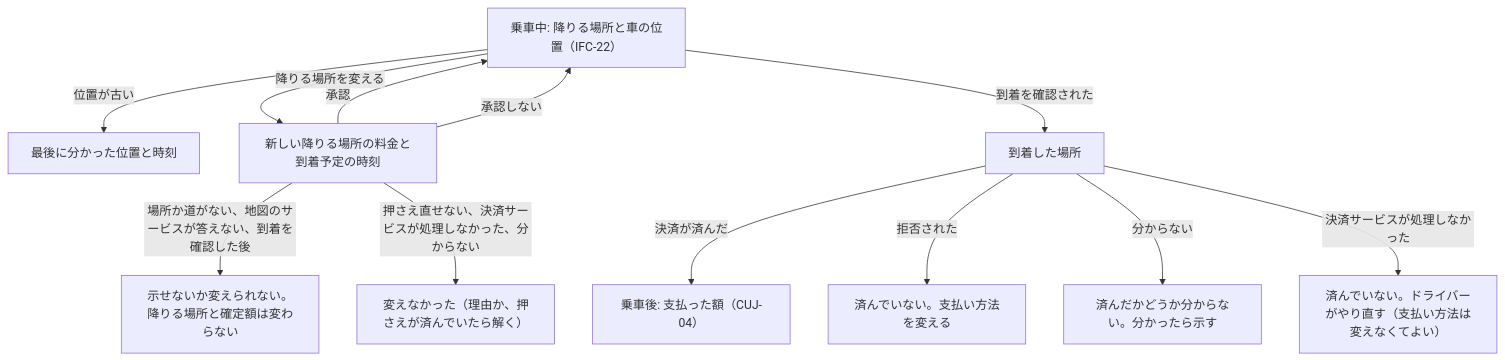
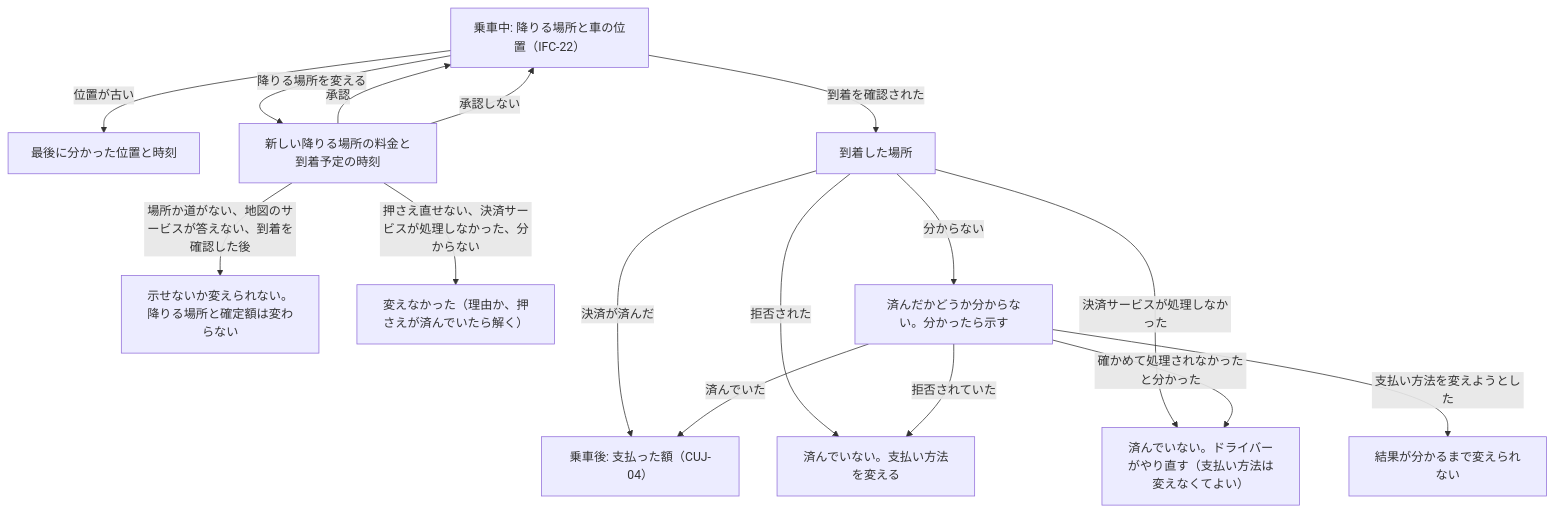
One commit to Taro000/ride-hailing-app-demo changed diagram 35 of 57 in docs/design/3-high-level-design.md. Above: the diagram before and after it, drawn with Mermaid. The commit also changed other lines of this file and 23 other files, not shown here.

````diff
--- a/docs/design/3-high-level-design.md
+++ b/docs/design/3-high-level-design.md
@@ -1411,14 +1444,18 @@
 ```mermaid
 flowchart TD
   riding["乗車中: 降りる場所と車の位置（IFC-22）"] -->|位置が古い| lastpos["最後に分かった位置と時刻"]
   riding -->|降りる場所を変える| change["新しい降りる場所の料金と到着予定の時刻"]
   change -->|承認| riding
   change -->|承認しない| riding
   change -->|場所か道がない、地図のサービスが答えない、到着を確認した後| nochange["示せないか変えられない。降りる場所と確定額は変わらない"]
   change -->|押さえ直せない、決済サービスが処理しなかった、分からない| nohold["変えなかった（理由か、押さえが済んでいたら解く）"]
   riding -->|到着を確認された| arrived["到着した場所"]
   arrived -->|決済が済んだ| after["乗車後: 支払った額（CUJ-04）"]
   arrived -->|拒否された| retry["済んでいない。支払い方法を変える"]
   arrived -->|分からない| pending["済んだかどうか分からない。分かったら示す"]
   arrived -->|決済サービスが処理しなかった| notprocessed["済んでいない。ドライバーがやり直す（支払い方法は変えなくてよい）"]
+  pending -->|済んでいた| after
+  pending -->|拒否されていた| retry
+  pending -->|確かめて処理されなかったと分かった| notprocessed
+  pending -->|支払い方法を変えようとした| confirming["結果が分かるまで変えられない"]
 ```
````
